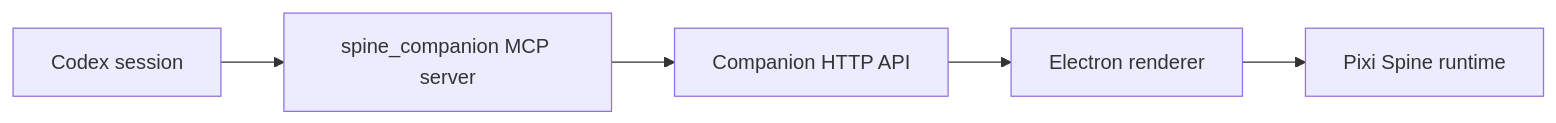
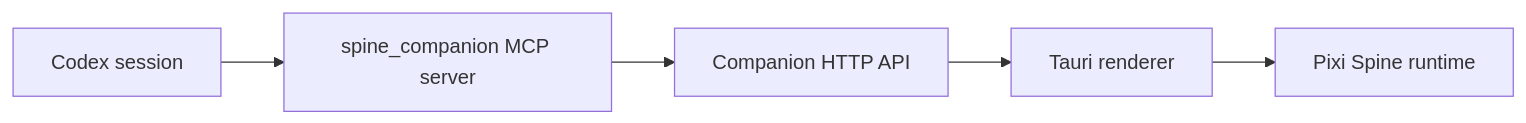
The diagram in docs/codex-mcp.md (cb8010d6/spine-companion), drawn with Mermaid before and after one commit. The commit also changed other lines of this file and 35 other files, not shown here.

````diff
--- a/docs/codex-mcp.md
+++ b/docs/codex-mcp.md
@@ -8,7 +8,7 @@
 ```mermaid
 flowchart LR
   Codex["Codex session"] --> MCP["spine_companion MCP server"]
   MCP --> API["Companion HTTP API"]
-  API --> Renderer["Electron renderer"]
+  API --> Renderer["Tauri renderer"]
   Renderer --> Spine["Pixi Spine runtime"]
 ```
````
